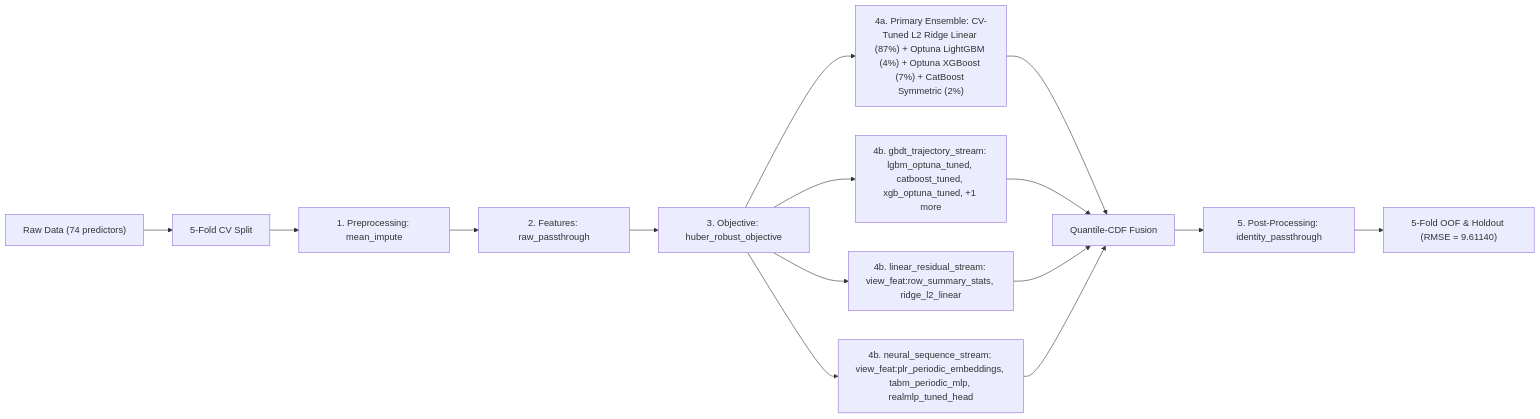
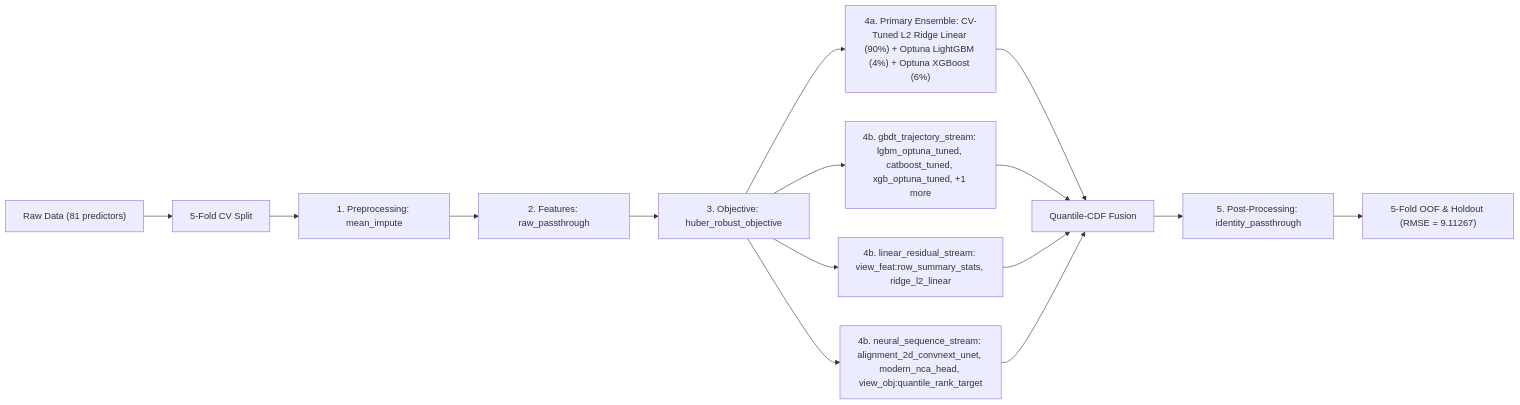
The diagram in README.md (stefanoclss/ROGII-Wellbore-Geology-Prediction), drawn with Mermaid before and after one commit. The commit also changed other lines of this file, not shown here.

First line of the commit message:
docs(readme): refresh verified OOF benchmark & build ledger (RMSE=9.11267)

````diff
--- a/README.md
+++ b/README.md
@@ -73,17 +74,17 @@
 ```mermaid
 flowchart LR
-    DATA["Raw Data (74 predictors)"] --> SPLIT["5-Fold CV Split"]
+    DATA["Raw Data (81 predictors)"] --> SPLIT["5-Fold CV Split"]
     SPLIT --> PRE["1. Preprocessing: mean_impute"]
     PRE --> FEAT["2. Features: raw_passthrough"]
     FEAT --> OBJ["3. Objective: huber_robust_objective"]
-    OBJ --> M0["4a. Primary Ensemble: CV-Tuned L2 Ridge Linear (87%) + Optuna LightGBM (4%) + Optuna XGBoost (7%) + CatBoost Symmetric (2%)"]
+    OBJ --> M0["4a. Primary Ensemble: CV-Tuned L2 Ridge Linear (90%) + Optuna LightGBM (4%) + Optuna XGBoost (6%)"]
     M0 --> FUSE["Quantile-CDF Fusion"]
     OBJ --> S1["4b. gbdt_trajectory_stream: lgbm_optuna_tuned, catboost_tuned, xgb_optuna_tuned, +1 more"]
     S1 --> FUSE
     OBJ --> S2["4b. linear_residual_stream: view_feat:row_summary_stats, ridge_l2_linear"]
     S2 --> FUSE
-    OBJ --> S3["4b. neural_sequence_stream: view_feat:plr_periodic_embeddings, tabm_periodic_mlp, realmlp_tuned_head"]
+    OBJ --> S3["4b. neural_sequence_stream: alignment_2d_convnext_unet, modern_nca_head, view_obj:quantile_rank_target"]
     S3 --> FUSE
     FUSE --> POST["5. Post-Processing: identity_passthrough"]
-    POST --> OUT["5-Fold OOF & Holdout (RMSE = 9.61140)"]
+    POST --> OUT["5-Fold OOF & Holdout (RMSE = 9.11267)"]
 ```
````
